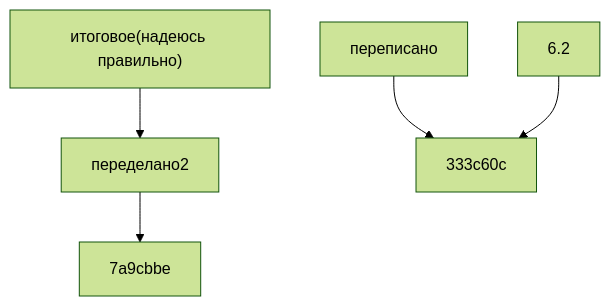
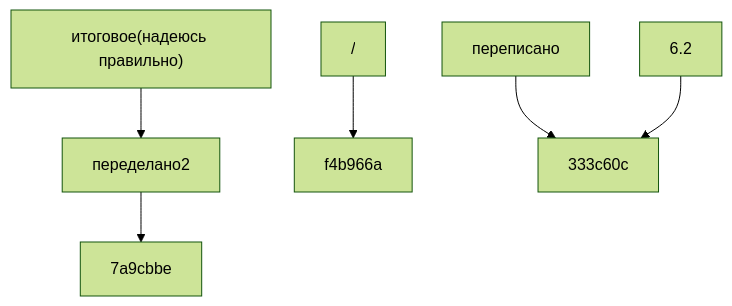
Before and after one commit to fedorio00/Isak62.23conf: the diagram in dz2/dependency_graph.md, drawn with Mermaid (forest theme). The commit also changed 1 other file, not shown here.

````diff
--- a/dz2/dependency_graph.md
+++ b/dz2/dependency_graph.md
@@ -1,11 +1,13 @@
 ```mermaid
 graph TD;
+    3bd99e3["/"]
     ad03d09["итоговое(надеюсь правильно)"]
     862fd6c["переделано2"]
     c0b1e04["переписано"]
     cceffeb["6.2"]
+    3bd99e3 --> f4b966a
     ad03d09 --> 862fd6c
     862fd6c --> 7a9cbbe
     c0b1e04 --> 333c60c
     cceffeb --> 333c60c
 ```
````
